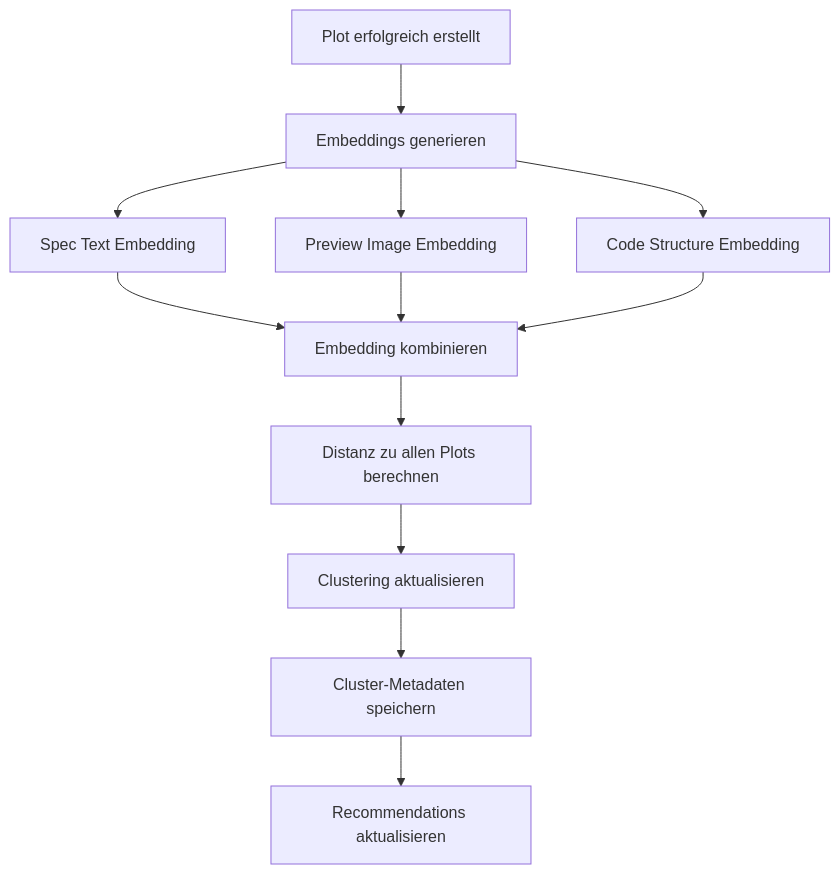
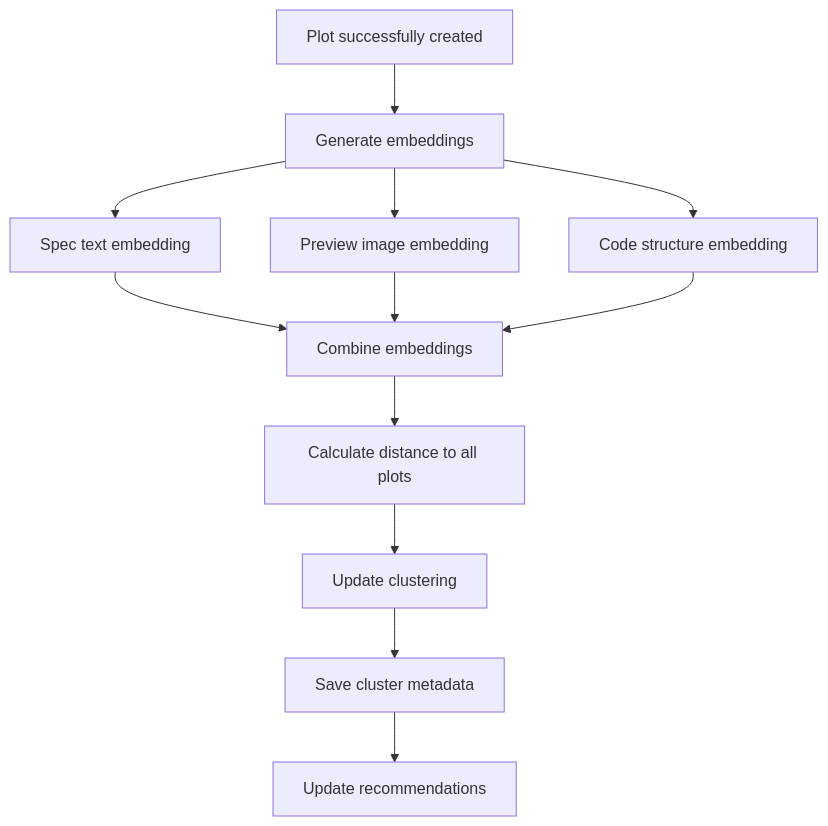
One commit to MarkusNeusinger/pyplots changed the sixth of 9 diagrams in docs/workflow.md. Above: the diagram before and after it, drawn with Mermaid. The commit also changed other lines of this file, not shown here.

````diff
--- a/docs/workflow.md
+++ b/docs/workflow.md
@@ -303,16 +303,16 @@
 ```mermaid
 graph TD
-    A[Plot erfolgreich erstellt] --> B[Embeddings generieren]
-    B --> C1[Spec Text Embedding]
-    B --> C2[Preview Image Embedding]
-    B --> C3[Code Structure Embedding]
+    A[Plot successfully created] --> B[Generate embeddings]
+    B --> C1[Spec text embedding]
+    B --> C2[Preview image embedding]
+    B --> C3[Code structure embedding]
 
-    C1 --> D[Embedding kombinieren]
+    C1 --> D[Combine embeddings]
     C2 --> D
     C3 --> D
 
-    D --> E[Distanz zu allen Plots berechnen]
-    E --> F[Clustering aktualisieren]
-    F --> G[Cluster-Metadaten speichern]
-    G --> H[Recommendations aktualisieren]
+    D --> E[Calculate distance to all plots]
+    E --> F[Update clustering]
+    F --> G[Save cluster metadata]
+    G --> H[Update recommendations]
 ```
````
